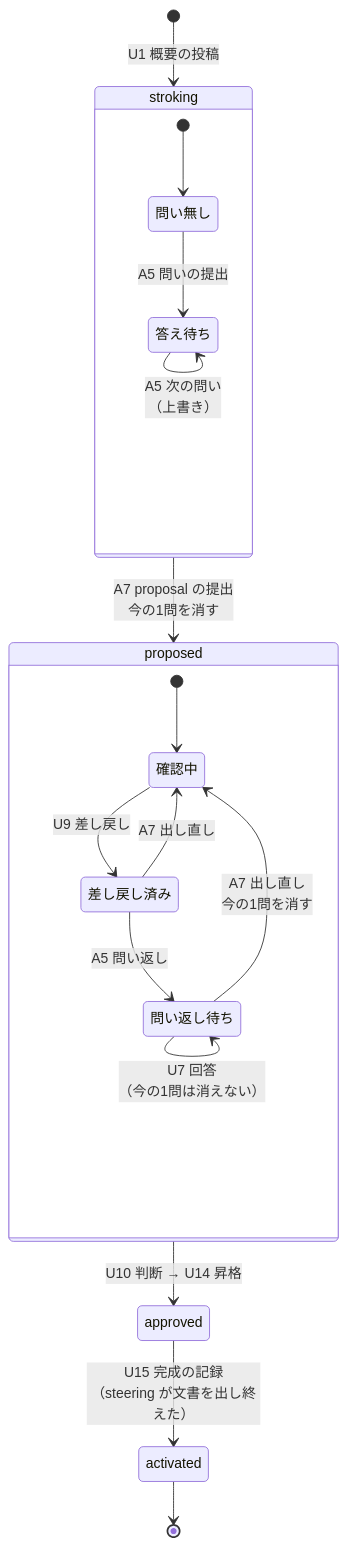
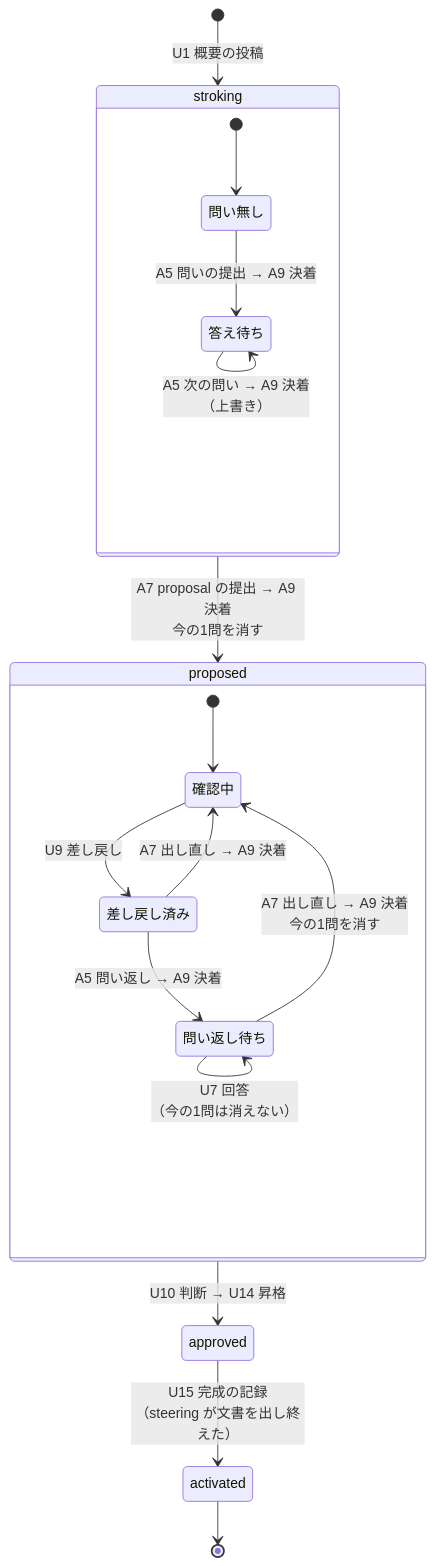
The second of 3 diagrams in docs/specs/architecture/question-flow.md (grrowapp/stroke), drawn with Mermaid before and after one commit. The commit also changed other lines of this file and 79 other files, not shown here.

````diff
--- a/docs/specs/architecture/question-flow.md
+++ b/docs/specs/architecture/question-flow.md
@@ -82,26 +93,26 @@
 ```mermaid
 stateDiagram-v2
     [*] --> stroking: U1 概要の投稿
 
     state stroking {
         [*] --> 問い無し
-        問い無し --> 答え待ち: A5 問いの提出
+        問い無し --> 答え待ち: A5 問いの提出 → A9 決着
         答え待ち --> 答え待ち: U7 回答<br/>（今の1問は消えない）
-        答え待ち --> 答え待ち: A5 次の問い<br/>（上書き）
+        答え待ち --> 答え待ち: A5 次の問い → A9 決着<br/>（上書き）
     }
 
-    stroking --> proposed: A7 proposal の提出<br/>今の1問を消す
+    stroking --> proposed: A7 proposal の提出 → A9 決着<br/>今の1問を消す
 
     state proposed {
         [*] --> 確認中
         確認中 --> 差し戻し済み: U9 差し戻し
-        差し戻し済み --> 問い返し待ち: A5 問い返し
+        差し戻し済み --> 問い返し待ち: A5 問い返し → A9 決着
         問い返し待ち --> 問い返し待ち: U7 回答<br/>（今の1問は消えない）
-        問い返し待ち --> 確認中: A7 出し直し<br/>今の1問を消す
-        差し戻し済み --> 確認中: A7 出し直し
+        問い返し待ち --> 確認中: A7 出し直し → A9 決着<br/>今の1問を消す
+        差し戻し済み --> 確認中: A7 出し直し → A9 決着
     }
 
     proposed --> approved: U10 判断 → U14 昇格
     approved --> activated: U15 完成の記録<br/>（steering が文書を出し終えた）
     activated --> [*]
 ```
````
